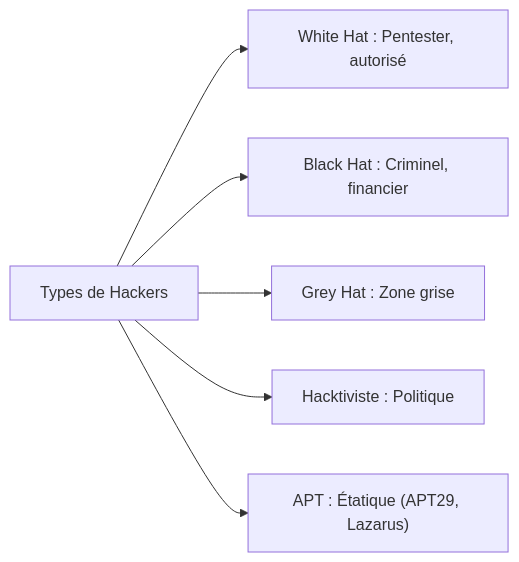
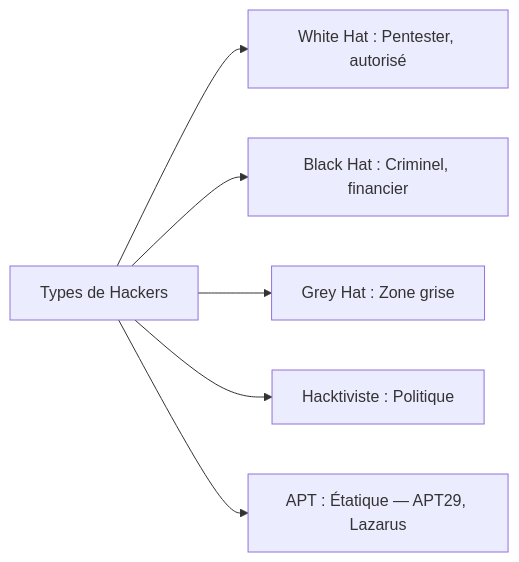
The third of 4 diagrams in JOUR-01-introduction-hacking-ethique-vulnerabilites.md (yugmerabtene/techniques-de-hacking-niveau-1), drawn with Mermaid before and after one commit. The commit also changed other lines of this file and 9 other files, not shown here.

First line of the commit message:
feat: Fig 1-16 + legendes, fix Mermaid parentheses/chevrons, 35 tests OK, fix .gitignore

````diff
--- a/JOUR-01-introduction-hacking-ethique-vulnerabilites.md
+++ b/JOUR-01-introduction-hacking-ethique-vulnerabilites.md
@@ -161,8 +165,8 @@
 ```mermaid
 flowchart LR
     A["Types de Hackers"] --> B["White Hat : Pentester, autorisé"]
     A --> C["Black Hat : Criminel, financier"]
     A --> D["Grey Hat : Zone grise"]
     A --> E["Hacktiviste : Politique"]
-    A --> F["APT : Étatique (APT29, Lazarus)"]
+    A --> F["APT : Étatique — APT29, Lazarus"]
 ```
````
